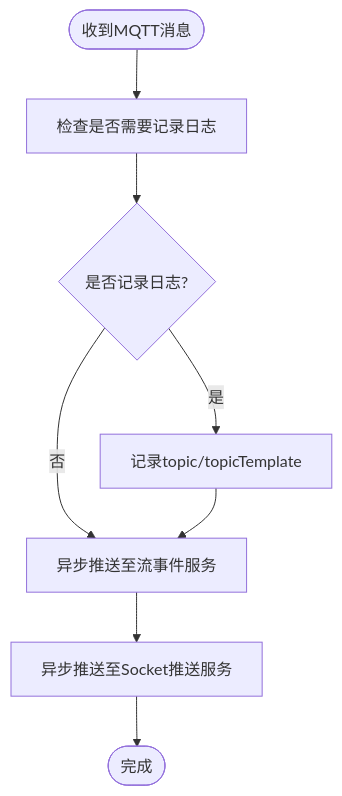
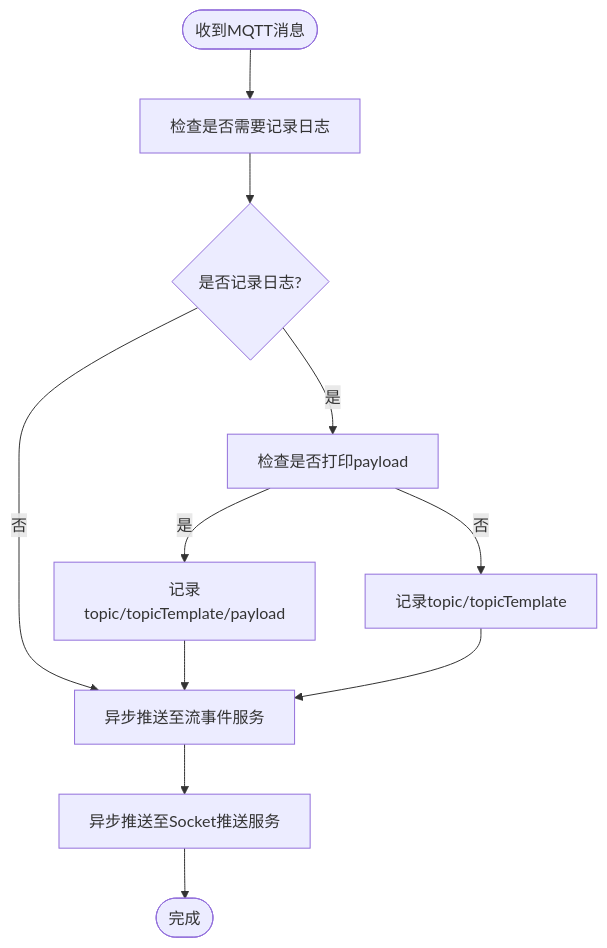
One commit to maomao94/zero-service changed the fourth of 6 diagrams in .qoder/repowiki/zh/content/公共组件库/协议处理组件/MQTT协议处理组件.md. Above: the diagram before and after it, drawn with Mermaid. The commit also changed other lines of this file and 59 other files, not shown here.

````diff
--- a/.qoder/repowiki/zh/content/公共组件库/协议处理组件/MQTT协议处理组件.md
+++ b/.qoder/repowiki/zh/content/公共组件库/协议处理组件/MQTT协议处理组件.md
@@ -231,10 +259,13 @@
 ```mermaid
 flowchart TD
 Start(["收到MQTT消息"]) --> CheckLog["检查是否需要记录日志"]
 CheckLog --> Log{"是否记录日志?"}
-Log --> |是| LogMsg["记录topic/topicTemplate"]
+Log --> |是| CheckPayload["检查是否打印payload"]
+CheckPayload --> |是| LogMsg["记录topic/topicTemplate/payload"]
+CheckPayload --> |否| LogBasic["记录topic/topicTemplate"]
 Log --> |否| PushSE["异步推送至流事件服务"]
 LogMsg --> PushSE
+LogBasic --> PushSE
 PushSE --> PushSP["异步推送至Socket推送服务"]
 PushSP --> End(["完成"])
 ```
````
